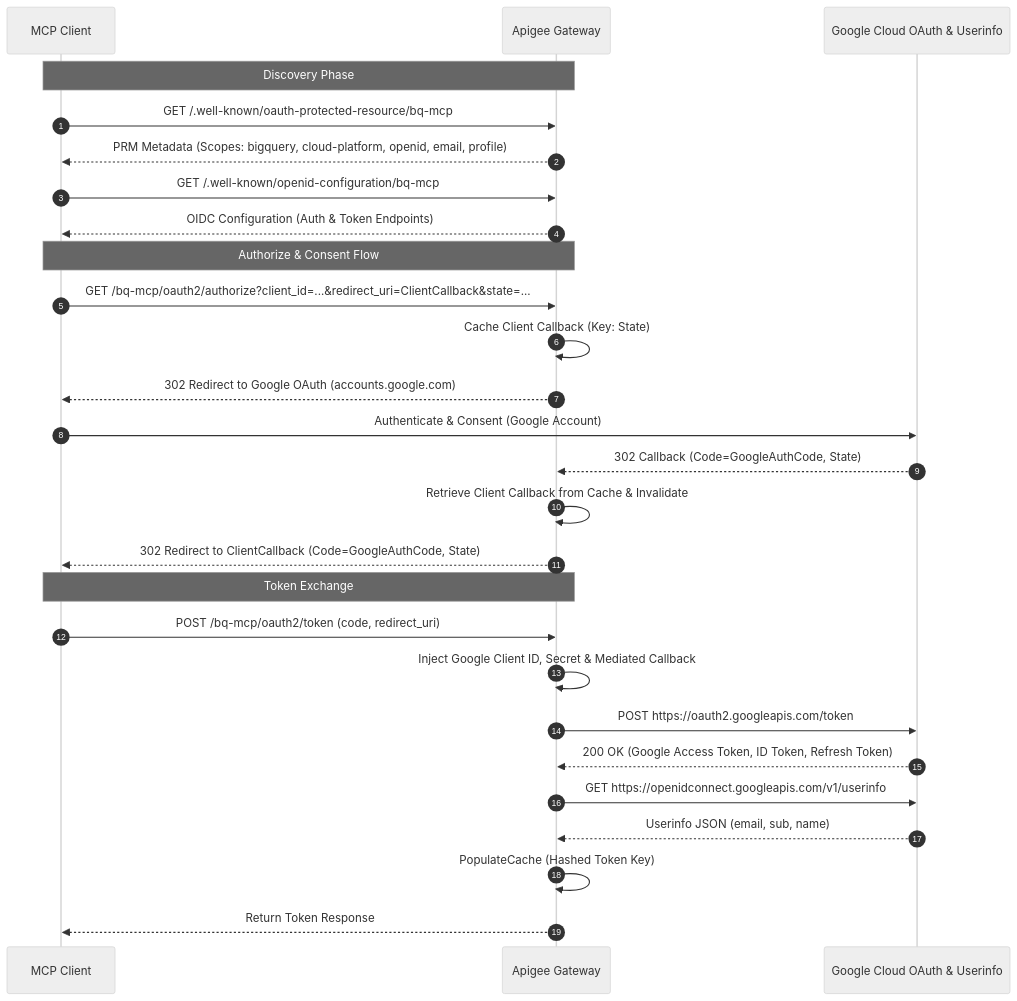
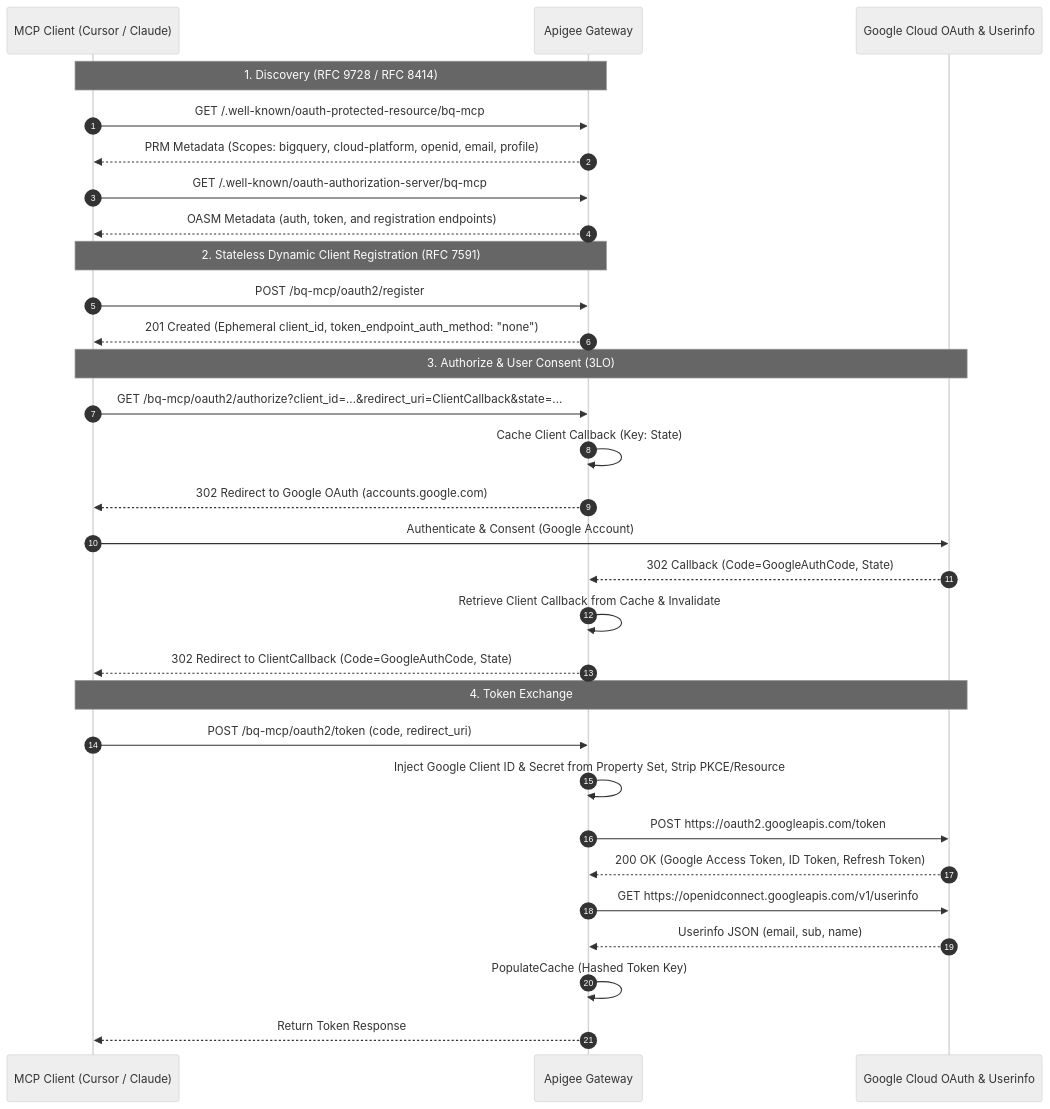
One commit to ra2085/apigee-atl-mcp changed the fifth of 6 diagrams in README.md. Above: the diagram before and after it, drawn with Mermaid (neutral theme). The commit also changed other lines of this file and 5 other files, not shown here.

Commit message:
feat: dcr flow

````diff
--- a/README.md
+++ b/README.md
@@ -165,34 +173,38 @@
 ```mermaid
 sequenceDiagram
     autonumber
-    participant Client as MCP Client
+    participant Client as MCP Client (Cursor / Claude)
     participant Apigee as Apigee Gateway
     participant Google as Google Cloud OAuth & Userinfo
 
-    Note over Client, Apigee: Discovery Phase
+    Note over Client, Apigee: 1. Discovery (RFC 9728 / RFC 8414)
     Client->>Apigee: GET /.well-known/oauth-protected-resource/bq-mcp
     Apigee-->>Client: PRM Metadata (Scopes: bigquery, cloud-platform, openid, email, profile)
 
-    Client->>Apigee: GET /.well-known/openid-configuration/bq-mcp
-    Apigee-->>Client: OIDC Configuration (Auth & Token Endpoints)
+    Client->>Apigee: GET /.well-known/oauth-authorization-server/bq-mcp
+    Apigee-->>Client: OASM Metadata (auth, token, and registration endpoints)
 
-    Note over Client, Apigee: Authorize & Consent Flow
+    Note over Client, Apigee: 2. Stateless Dynamic Client Registration (RFC 7591)
+    Client->>Apigee: POST /bq-mcp/oauth2/register
+    Apigee-->>Client: 201 Created (Ephemeral client_id, token_endpoint_auth_method: "none")
+
+    Note over Client, Google: 3. Authorize & User Consent (3LO)
     Client->>Apigee: GET /bq-mcp/oauth2/authorize?client_id=...&redirect_uri=ClientCallback&state=...
     Apigee->>Apigee: Cache Client Callback (Key: State)
     Apigee-->>Client: 302 Redirect to Google OAuth (accounts.google.com)
     
     Client->>Google: Authenticate & Consent (Google Account)
     Google-->>Apigee: 302 Callback (Code=GoogleAuthCode, State)
     Apigee->>Apigee: Retrieve Client Callback from Cache & Invalidate
     Apigee-->>Client: 302 Redirect to ClientCallback (Code=GoogleAuthCode, State)
 
-    Note over Client, Apigee: Token Exchange
+    Note over Client, Google: 4. Token Exchange
     Client->>Apigee: POST /bq-mcp/oauth2/token (code, redirect_uri)
-    Apigee->>Apigee: Inject Google Client ID, Secret & Mediated Callback
+    Apigee->>Apigee: Inject Google Client ID & Secret from Property Set, Strip PKCE/Resource
     Apigee->>Google: POST https://oauth2.googleapis.com/token
     Google-->>Apigee: 200 OK (Google Access Token, ID Token, Refresh Token)
     Apigee->>Google: GET https://openidconnect.googleapis.com/v1/userinfo
     Google-->>Apigee: Userinfo JSON (email, sub, name)
     Apigee->>Apigee: PopulateCache (Hashed Token Key)
     Apigee-->>Client: Return Token Response
 ```
````
